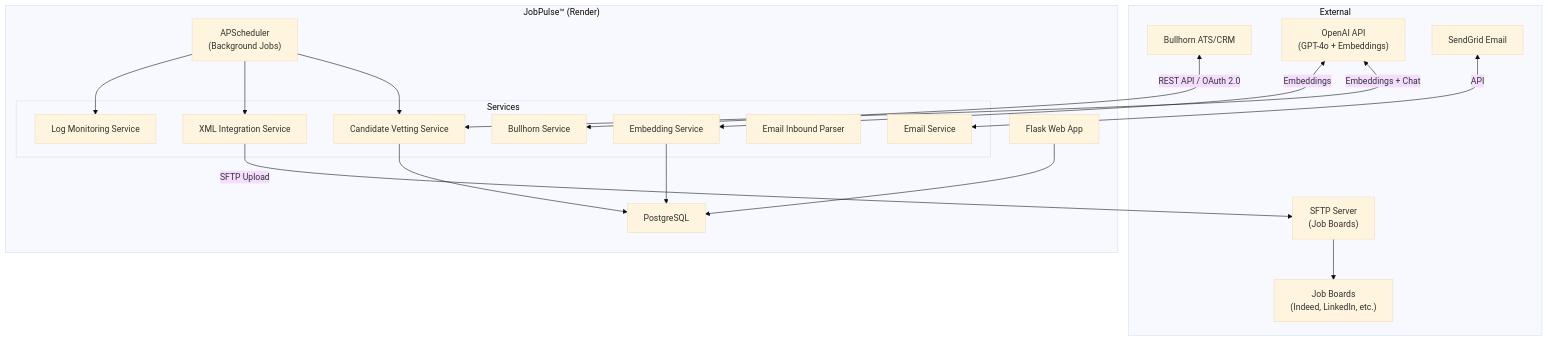
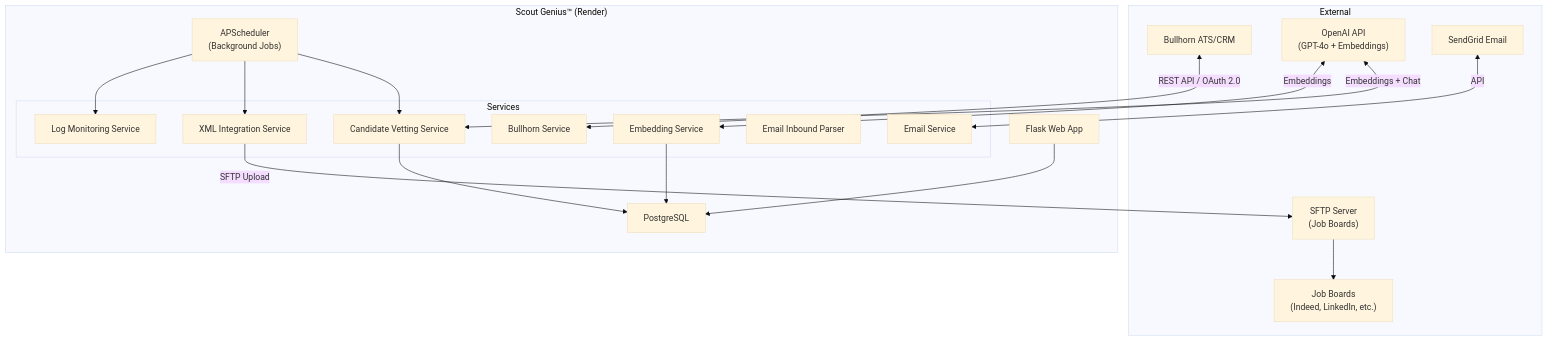
One commit to KyleRoots/JobPulse changed the first of 2 diagrams in docs/JobPulse_Comprehensive_Documentation.md. Above: the diagram before and after it, drawn with Mermaid (base theme). The commit also changed other lines of this file and 50 other files, not shown here.

First line of the commit message:
Update application branding from JobPulse to Scout Genius

````diff
--- a/docs/JobPulse_Comprehensive_Documentation.md
+++ b/docs/JobPulse_Comprehensive_Documentation.md
@@ -64,39 +64,39 @@
 ```mermaid
 graph TB
     subgraph External
         BH["Bullhorn ATS/CRM"]
         OAI["OpenAI API<br>(GPT-4o + Embeddings)"]
         SG["SendGrid Email"]
         SFTP["SFTP Server<br>(Job Boards)"]
         JB["Job Boards<br>(Indeed, LinkedIn, etc.)"]
     end
 
-    subgraph JobPulse["JobPulse™ (Render)"]
+    subgraph Scout Genius["Scout Genius™ (Render)"]
         FL["Flask Web App"]
         APS["APScheduler<br>(Background Jobs)"]
         PG["PostgreSQL"]
 
         subgraph Services
             CVS["Candidate Vetting Service"]
             EMB["Embedding Service"]
             BHS["Bullhorn Service"]
             EMS["Email Service"]
             XML["XML Integration Service"]
             EIP["Email Inbound Parser"]
             LOGM["Log Monitoring Service"]
         end
     end
 
     BH <-->|REST API / OAuth 2.0| BHS
     OAI <-->|Embeddings + Chat| CVS
     OAI <-->|Embeddings| EMB
     SG <-->|API| EMS
     XML -->|SFTP Upload| SFTP
     SFTP --> JB
     APS --> CVS
     APS --> XML
     APS --> LOGM
     FL --> PG
     CVS --> PG
     EMB --> PG
 ```
````
